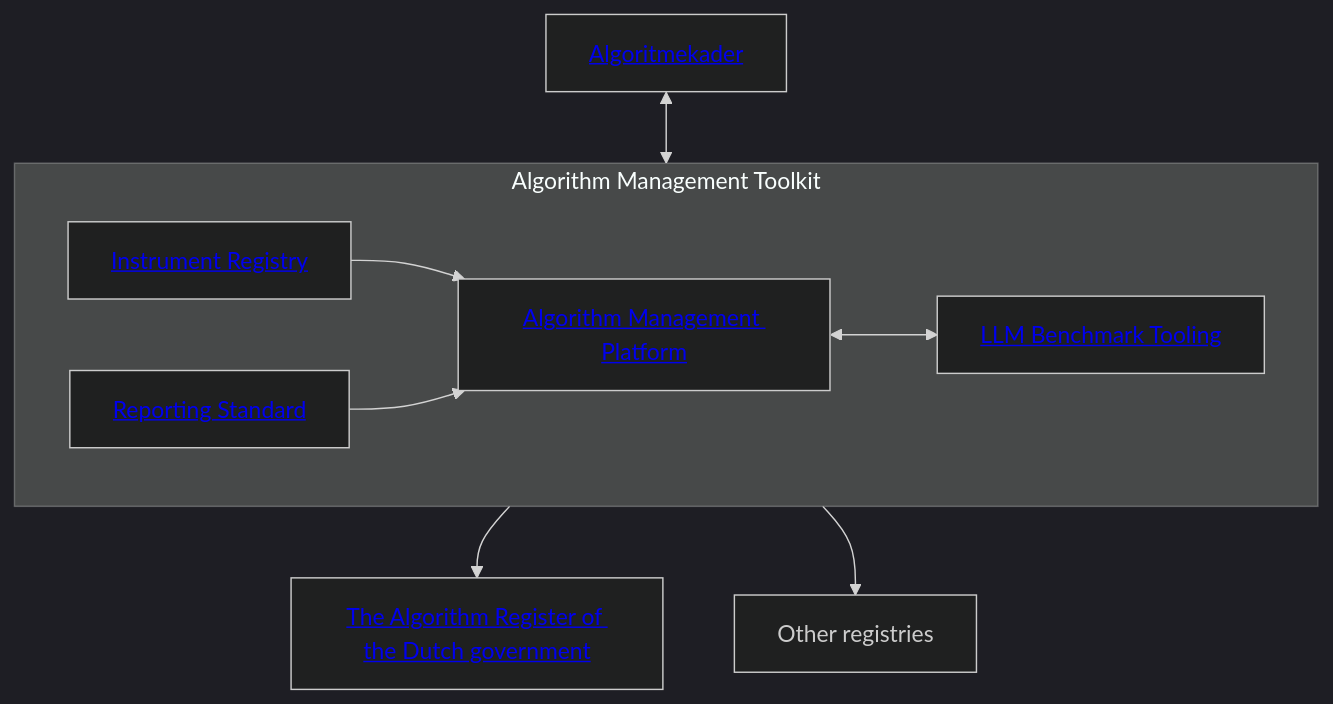
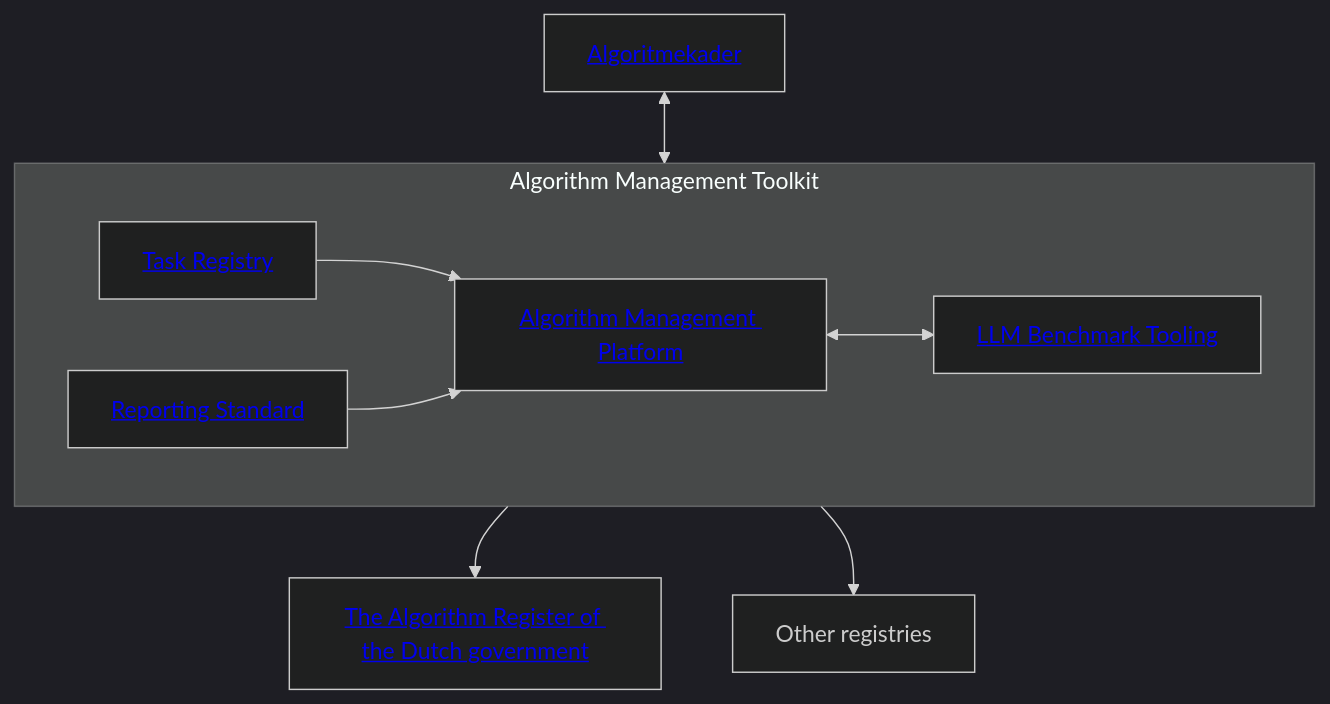
One commit to MinBZK/ai-validation changed the diagram in docs/index.md. Above: the diagram before and after it, drawn with Mermaid (dark theme). The commit also changed 6 other files, not shown here.

Commit message:
Rename Instrument Register to Task Registry

````diff
--- a/docs/index.md
+++ b/docs/index.md
@@ -16,13 +16,13 @@
 ``` mermaid
 graph TB
     ak[<a href='https://minbzk.github.io/Algoritmekader/'>Algoritmekader</a>] <--> amt
 
     subgraph amt[Algorithm Management Toolkit]
-        ir[<a href='https://minbzk.github.io/instrument-registry'>Instrument Registry</a>] --> amp[<a href='https://github.com/MinBZK/amt/'>Algorithm Management Platform</a>]
+        tr[<a href='https://minbzk.github.io/task-registry'>Task Registry</a>] --> amp[<a href='https://github.com/MinBZK/amt/'>Algorithm Management Platform</a>]
         st[<a href='/ai-validation/projects/amt/reporting-standard/'>Reporting Standard</a>] --> amp
         amp <--> llm[<a href='/ai-validation/projects/llm-benchmarks/'>LLM Benchmark Tooling</a>]
     end
 
     amt --> ar[<a href='https://algoritmes.overheid.nl/en/'>The Algorithm Register of the Dutch government</a>]
     amt --> or[Other registries]
 ```
````
